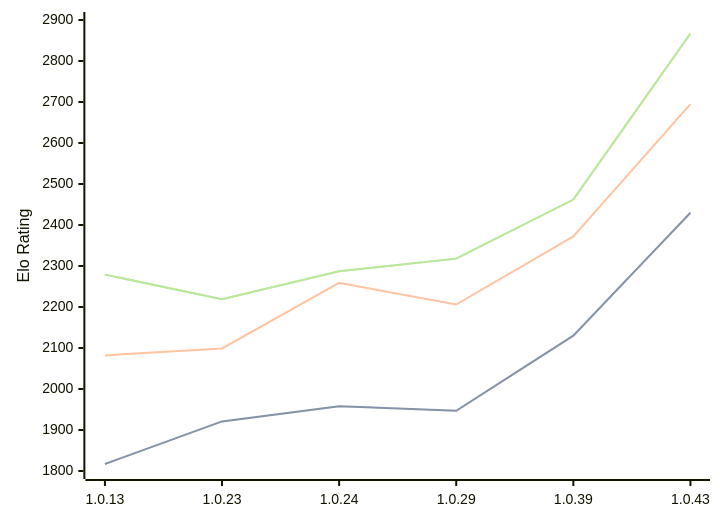
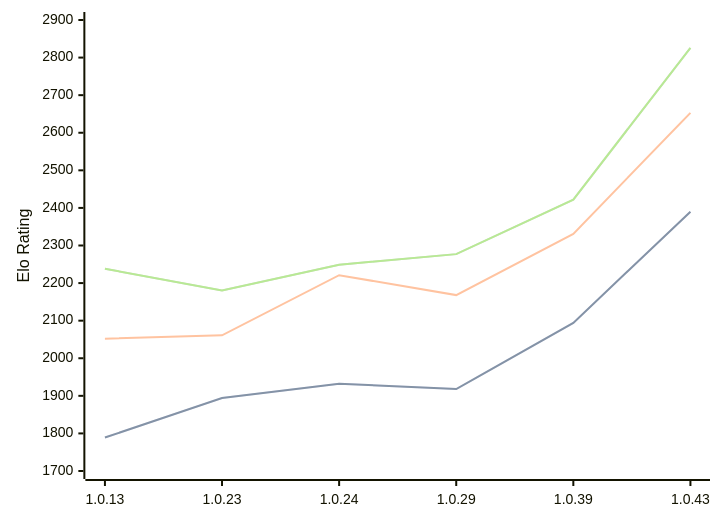
Before and after one commit to computer-chess-index/cci: the diagram in engines/RustyRival.md, drawn with Mermaid. The commit also changed other lines of this file, not shown here.

Commit message:
Update CCI Ratings (ELO VLTC) - 2026-05-19

````diff
--- a/engines/RustyRival.md
+++ b/engines/RustyRival.md
@@ -68,11 +68,11 @@
 ```mermaid
 %%{init: {"theme":"base","themeVariables":{"seriesColors:['#a3a3a3','#222221','#faa371']}}}%%
 xychart-beta
   x-axis ["1.0.13", "1.0.23", "1.0.24", "1.0.29", "1.0.39", "1.0.43"]
-  y-axis "Elo Rating" 1800 --> 2900
-  line "STC (8.0+0.08s)" [1817, 1921, 1958, 1947, 2130, 2430]
-  line "STC (8.0+0.08s)" [1817, 1921, 1958, 1947, 2130, 2430]
-  line "LTC (60.0+0.60s)" [2082, 2099, 2259, 2206, 2372, 2695]
-  line "VLTC (2m24s+1.12s)" [2279, 2219, 2287, 2318, 2462, 2867]
-  line "VLTC (2m24s+1.12s)" [2279, 2219, 2287, 2318, 2462, 2867]
+  y-axis "Elo Rating" 1700 --> 2900
+  line "STC (8.0+0.08s)" [1789, 1894, 1932, 1918, 2094, 2390]
+  line "STC (8.0+0.08s)" [1789, 1894, 1932, 1918, 2094, 2390]
+  line "LTC (60.0+0.60s)" [2052, 2061, 2221, 2168, 2331, 2653]
+  line "VLTC (2m24s+1.12s)" [2238, 2180, 2249, 2277, 2422, 2826]
+  line "VLTC (2m24s+1.12s)" [2238, 2180, 2249, 2277, 2422, 2826]
 ```
````
